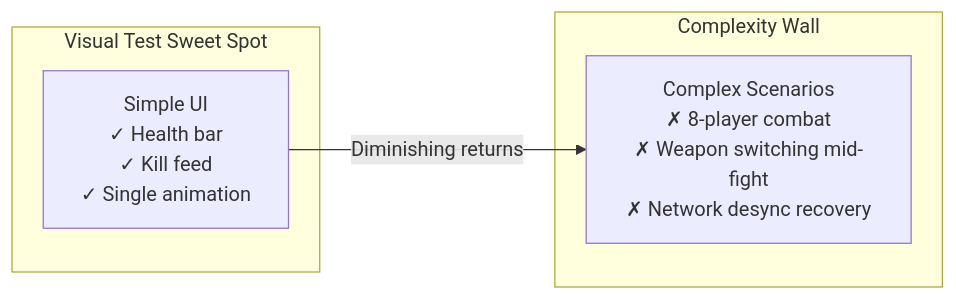
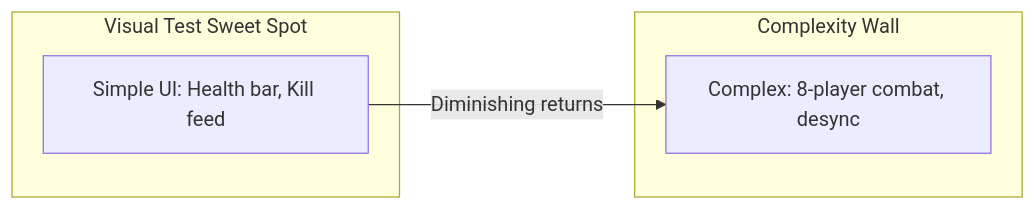
Before and after one commit to mtomcal/stick-rumble: the sixth of 8 diagrams in docs/TESTING-STRATEGY.md, drawn with Mermaid. The commit also changed other lines of this file and 2 other files, not shown here.

First line of the commit message:
docs: Fix Mermaid diagrams for GitHub rendering

````diff
--- a/docs/TESTING-STRATEGY.md
+++ b/docs/TESTING-STRATEGY.md
@@ -466,12 +466,12 @@
 ```mermaid
 flowchart LR
     subgraph "Visual Test Sweet Spot"
-        Simple["Simple UI\n✓ Health bar\n✓ Kill feed\n✓ Single animation"]
+        Simple["Simple UI: Health bar, Kill feed"]
     end
 
     subgraph "Complexity Wall"
-        Complex["Complex Scenarios\n✗ 8-player combat\n✗ Weapon switching mid-fight\n✗ Network desync recovery"]
+        Complex["Complex: 8-player combat, desync"]
     end
 
     Simple -->|"Diminishing returns"| Complex
 ```
````
